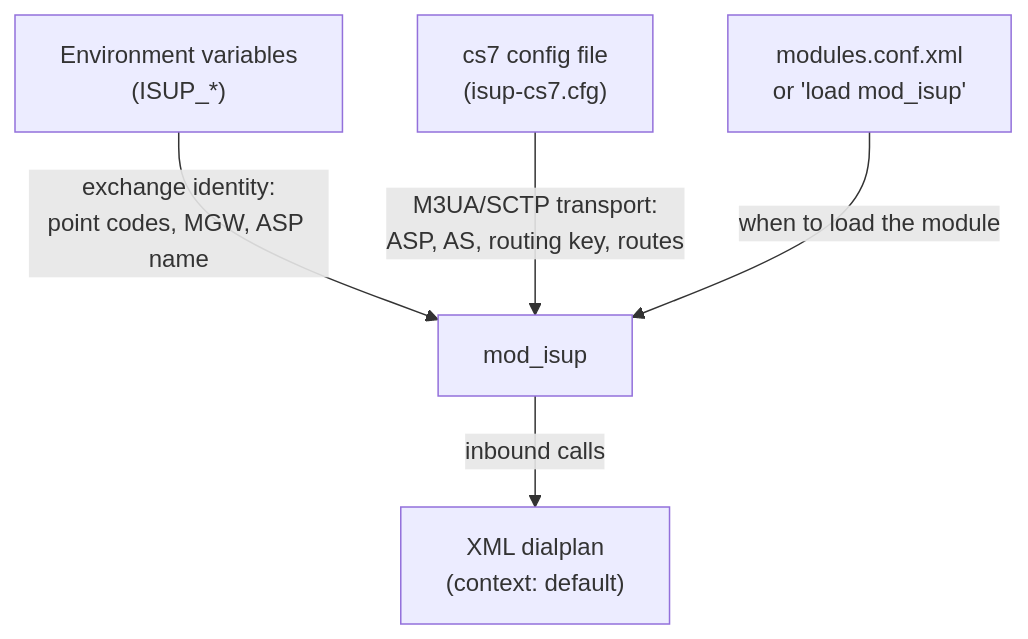
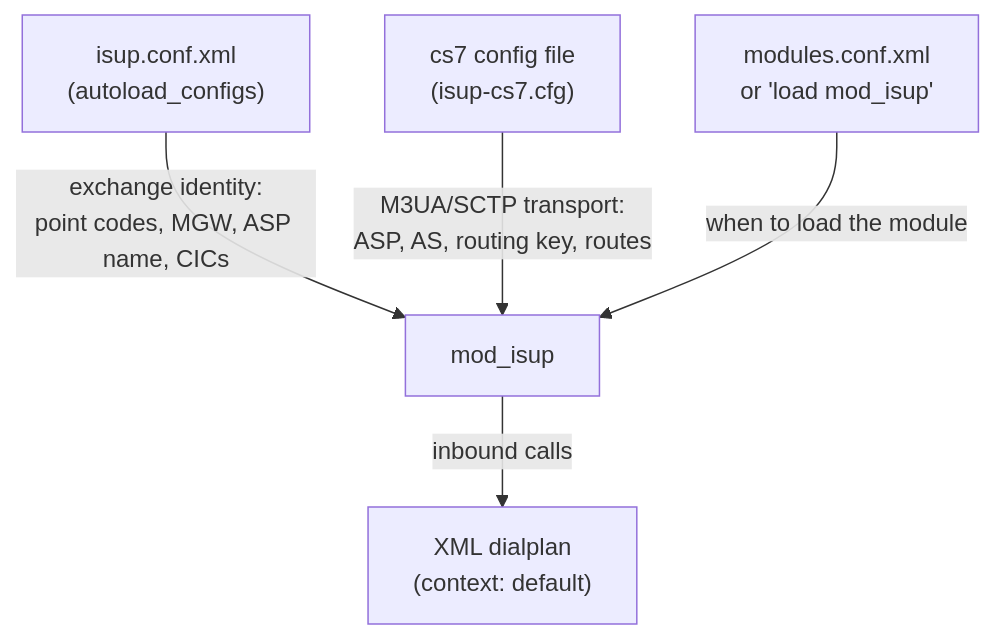
One commit to nickvsnetworking/freeswitch-mod_isup changed the diagram in docs/configuration.md. Above: the diagram before and after it, drawn with Mermaid. The commit also changed other lines of this file and 4 other files, not shown here.

First line of the commit message:
config: read isup.conf.xml (autoload_configs) instead of only env vars

````diff
--- a/docs/configuration.md
+++ b/docs/configuration.md
@@ -5,7 +5,7 @@
 ```mermaid
 flowchart TB
-    ENV["Environment variables<br/>(ISUP_*)"] -->|exchange identity:<br/>point codes, MGW, ASP name| MOD[mod_isup]
+    XML["isup.conf.xml<br/>(autoload_configs)"] -->|exchange identity:<br/>point codes, MGW, ASP name, CICs| MOD[mod_isup]
     CS7["cs7 config file<br/>(isup-cs7.cfg)"] -->|M3UA/SCTP transport:<br/>ASP, AS, routing key, routes| MOD
     FSMOD["modules.conf.xml<br/>or 'load mod_isup'"] -->|when to load the module| MOD
     MOD -->|inbound calls| DIAL["XML dialplan<br/>(context: default)"]
 ```
````
